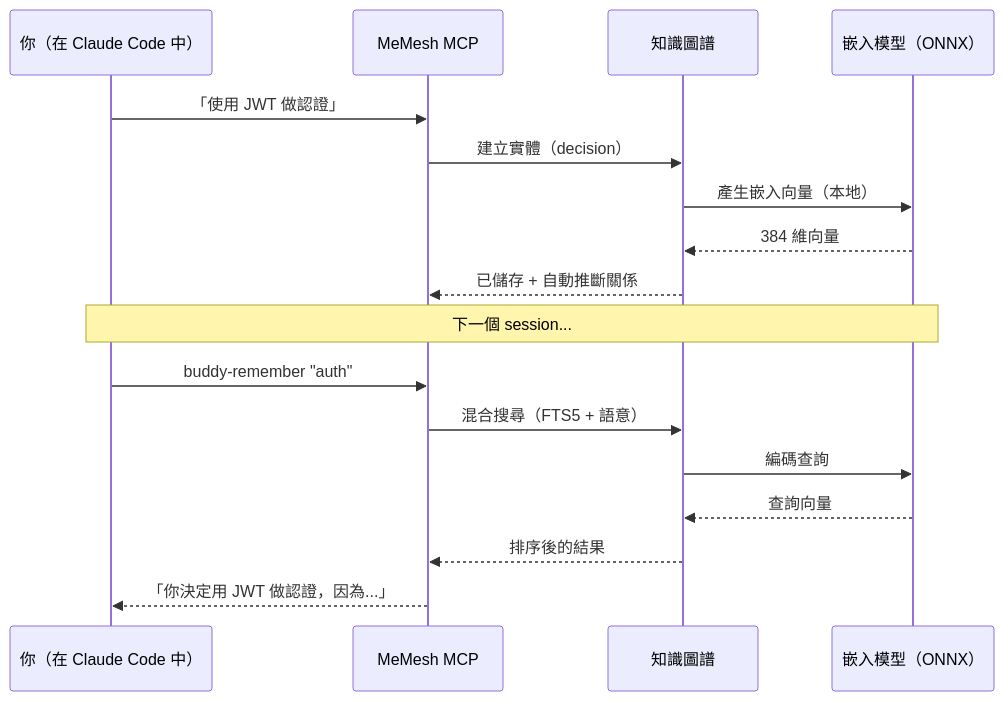
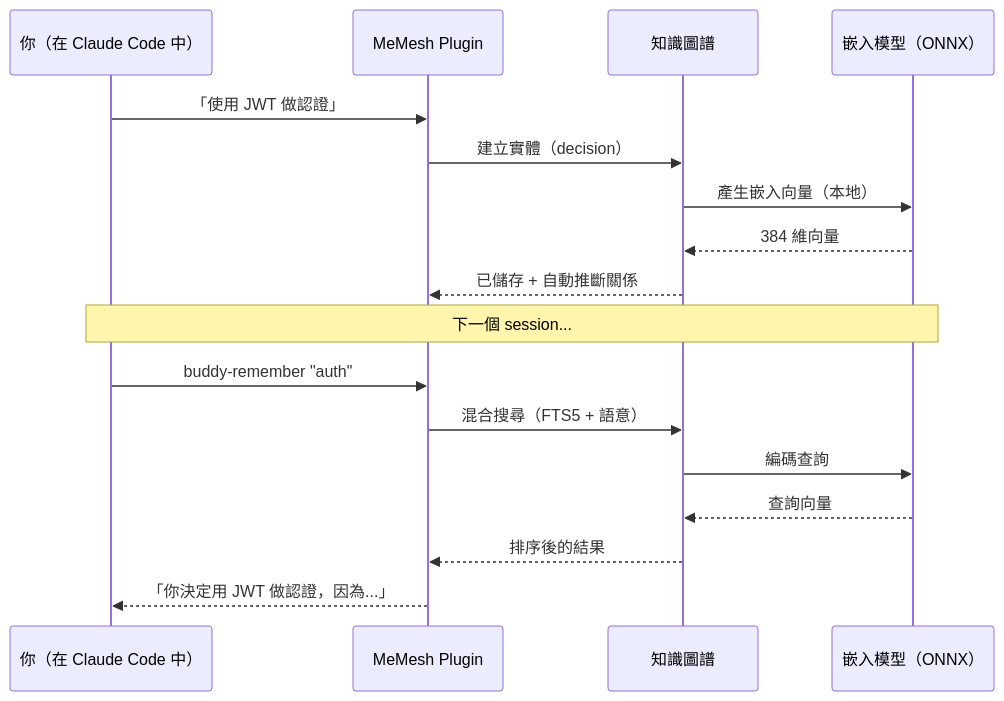
Before and after one commit to PCIRCLE-AI/memesh-llm-memory: the second of 2 diagrams in README.zh-TW.md, drawn with Mermaid. The commit also changed 4 other files, not shown here.

First line of the commit message:
fix(docs): address PR review findings — schema accuracy, TOC numbering, phantom refs

````diff
--- a/README.zh-TW.md
+++ b/README.zh-TW.md
@@ -228,22 +228,22 @@
 ```mermaid
 sequenceDiagram
     participant U as 你（在 Claude Code 中）
-    participant M as MeMesh MCP
+    participant M as MeMesh Plugin
     participant KG as 知識圖譜
     participant E as 嵌入模型（ONNX）
 
     U->>M: 「使用 JWT 做認證」
     M->>KG: 建立實體（decision）
     KG->>E: 產生嵌入向量（本地）
     E-->>KG: 384 維向量
     KG-->>M: 已儲存 + 自動推斷關係
 
     Note over U,E: 下一個 session...
 
     U->>M: buddy-remember "auth"
     M->>KG: 混合搜尋（FTS5 + 語意）
     KG->>E: 編碼查詢
     E-->>KG: 查詢向量
     KG-->>M: 排序後的結果
     M-->>U: 「你決定用 JWT 做認證，因為...」
 ```
````
